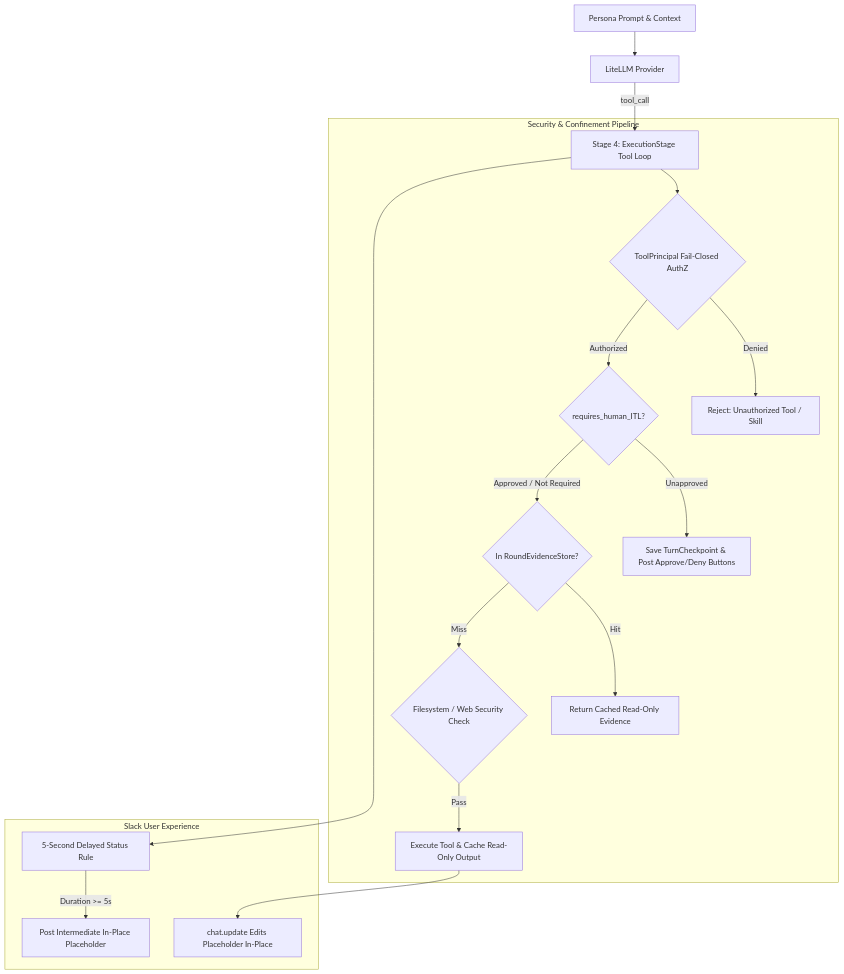
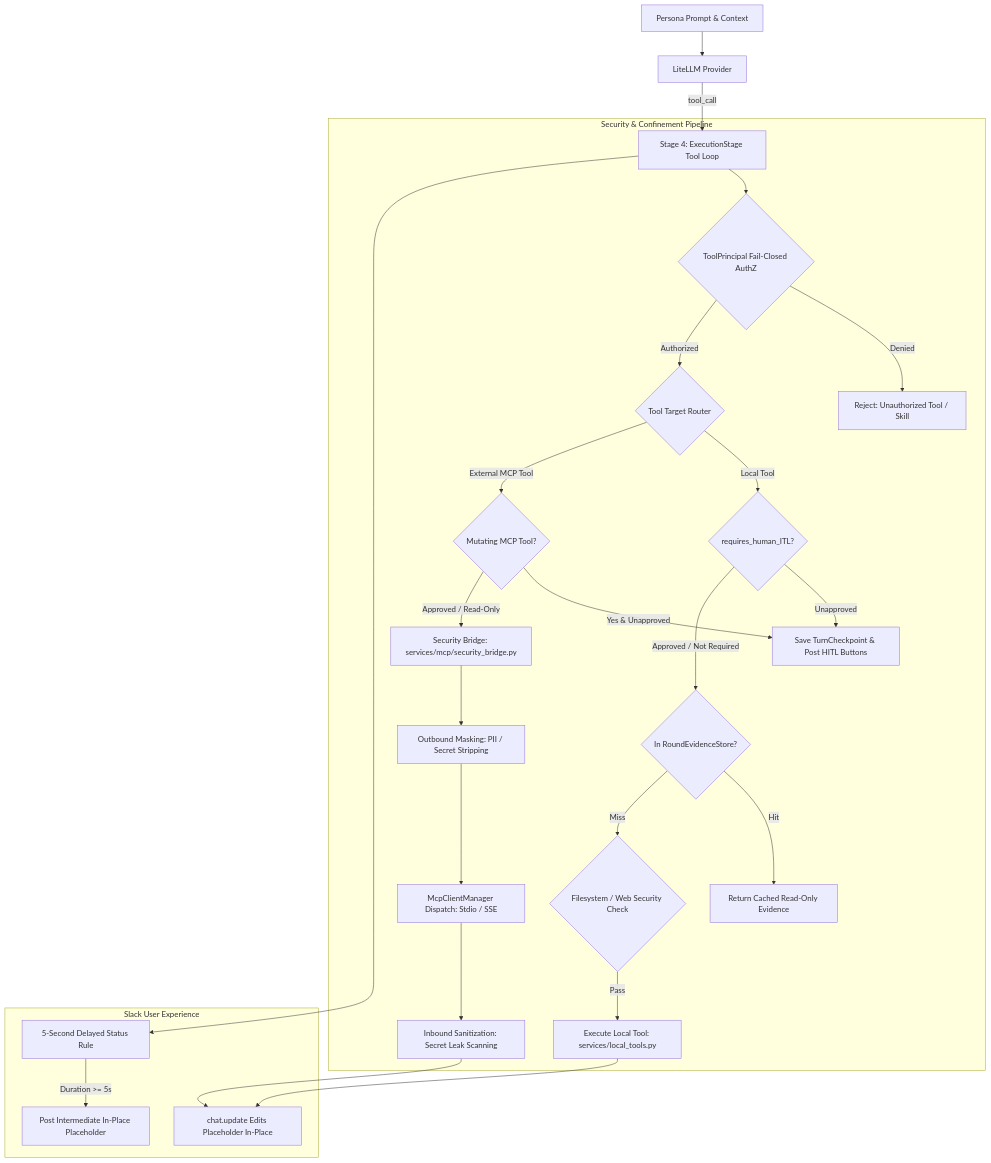
Before and after one commit to BranMik/Izvor: the diagram in docs/agents-and-skills/mcp-and-tools.md, drawn with Mermaid. The commit also changed other lines of this file and 45 other files, not shown here.

First line of the commit message:
feat(mcp): implement external MCP client integration and rename local tools

````diff
--- a/docs/agents-and-skills/mcp-and-tools.md
+++ b/docs/agents-and-skills/mcp-and-tools.md
@@ -11,22 +16,32 @@
 ```mermaid
 graph TD
     Persona[Persona Prompt & Context] --> LLM[LiteLLM Provider]
     LLM -->|tool_call| Dispatcher["Stage 4: ExecutionStage Tool Loop"]
     
     subgraph Security & Confinement Pipeline
         Dispatcher --> PrincipalCheck{"ToolPrincipal Fail-Closed AuthZ"}
         PrincipalCheck -->|Denied| AuthErr["Reject: Unauthorized Tool / Skill"]
-        PrincipalCheck -->|Authorized| HITLCheck{"requires_human_ITL?"}
-        HITLCheck -->|Unapproved| SaveCP["Save TurnCheckpoint & Post Approve/Deny Buttons"]
-        HITLCheck -->|Approved / Not Required| CacheCheck{"In RoundEvidenceStore?"}
+        PrincipalCheck -->|Authorized| ToolRouter{"Tool Target Router"}
+        
+        ToolRouter -->|Local Tool| HITLLocal{"requires_human_ITL?"}
+        HITLLocal -->|Unapproved| SaveCP["Save TurnCheckpoint & Post HITL Buttons"]
+        HITLLocal -->|Approved / Not Required| CacheCheck{"In RoundEvidenceStore?"}
         CacheCheck -->|Hit| ReturnCached["Return Cached Read-Only Evidence"]
         CacheCheck -->|Miss| SandboxCheck{"Filesystem / Web Security Check"}
-        SandboxCheck -->|Pass| Execution["Execute Tool & Cache Read-Only Output"]
+        SandboxCheck -->|Pass| LocalExec["Execute Local Tool: services/local_tools.py"]
+
+        ToolRouter -->|External MCP Tool| HITLMCP{"Mutating MCP Tool?"}
+        HITLMCP -->|Yes & Unapproved| SaveCP
+        HITLMCP -->|Approved / Read-Only| SecBridge["Security Bridge: services/mcp/security_bridge.py"]
+        SecBridge --> OutboundSanitize["Outbound Masking: PII / Secret Stripping"]
+        OutboundSanitize --> MCPClientMgr["McpClientManager Dispatch: Stdio / SSE"]
+        MCPClientMgr --> InboundSanitize["Inbound Sanitization: Secret Leak Scanning"]
     end
     
     subgraph Slack User Experience
         Dispatcher --> Timer[5-Second Delayed Status Rule]
         Timer -->|Duration >= 5s| SlackStatus[Post Intermediate In-Place Placeholder]
-        Execution --> Finalize[chat.update Edits Placeholder In-Place]
+        LocalExec --> Finalize[chat.update Edits Placeholder In-Place]
+        InboundSanitize --> Finalize
     end
 ```
````
